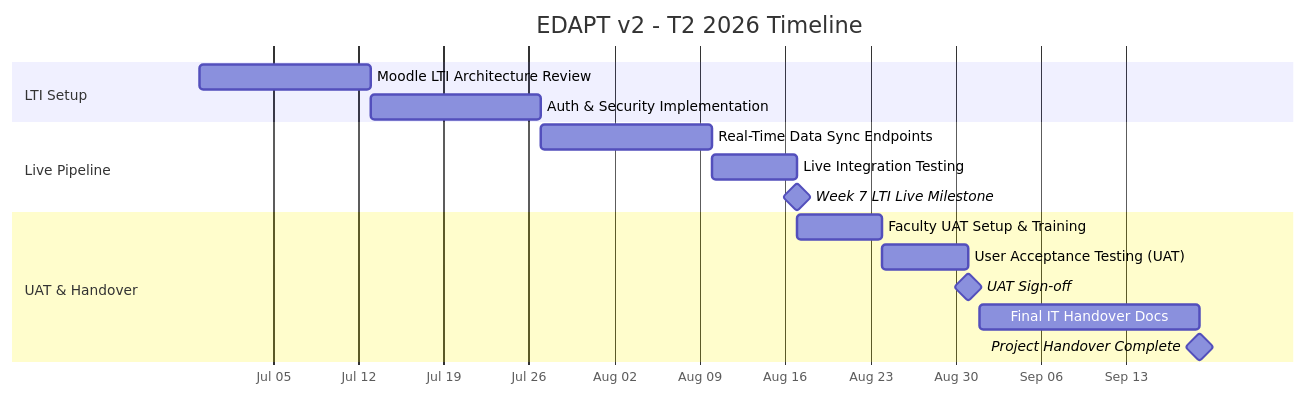
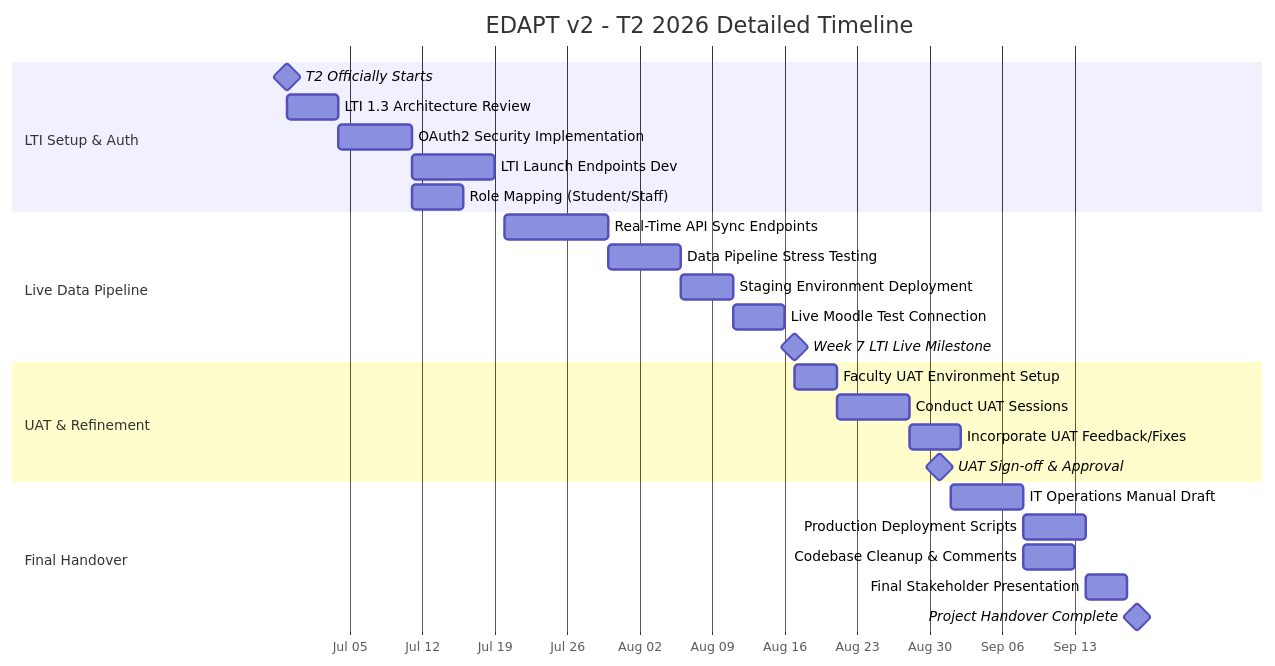
Before and after one commit to KOI-Capstone-Project/EDAPTv2: the second of 2 diagrams in README.md, drawn with Mermaid. The commit also changed other lines of this file, not shown here.

First line of the commit message:
[GANTT]-Detail: Expand T1 & T2 timelines and fix Mermaid rendering

````diff
--- a/README.md
+++ b/README.md
@@ -39,23 +49,36 @@
 ```mermaid
-%%{init: {'gantt': {'leftPadding': 150, 'rightPadding': 150}}}%%
+%%{init: {'gantt': {'leftPadding': 220, 'rightPadding': 200}}}%%
 gantt
-    title EDAPT v2 - T2 2026 Timeline
+    title EDAPT v2 - T2 2026 Detailed Timeline
     dateFormat  YYYY-MM-DD
     axisFormat  %b %d
+    tickInterval 7 day
+    todayMarker off
     
-    section LTI Setup
-    Moodle LTI Architecture Review:b1, 2026-06-29, 14d
-    Auth & Security Implementation:b2, 2026-07-13, 14d
+    section LTI Setup & Auth
+    T2 Officially Starts            :milestone, start, 2026-06-29, 0d
+    LTI 1.3 Architecture Review     :b1, 2026-06-29, 5d
+    OAuth2 Security Implementation  :b2, after b1, 7d
+    LTI Launch Endpoints Dev        :b3, after b2, 8d
+    Role Mapping (Student/Staff)    :b4, after b2, 5d
     
-    section Live Pipeline
-    Real-Time Data Sync Endpoints :b3, 2026-07-27, 14d
-    Live Integration Testing      :b4, 2026-08-10, 7d
-    Week 7 LTI Live Milestone     :milestone, m4, 2026-08-17, 0d
+    section Live Data Pipeline
+    Real-Time API Sync Endpoints    :b5, 2026-07-20, 10d
+    Data Pipeline Stress Testing    :b6, after b5, 7d
+    Staging Environment Deployment  :b7, after b6, 5d
+    Live Moodle Test Connection     :b8, after b7, 5d
+    Week 7 LTI Live Milestone       :milestone, m4, 2026-08-17, 0d
     
-    section UAT & Handover
-    Faculty UAT Setup & Training  :b5, 2026-08-17, 7d
-    User Acceptance Testing (UAT) :b6, 2026-08-24, 7d
-    UAT Sign-off                  :milestone, m5, 2026-08-31, 0d
-    Final IT Handover Docs        :b7, 2026-09-01, 18d
-    Project Handover Complete     :milestone, m6, 2026-09-19, 0d
+    section UAT & Refinement
+    Faculty UAT Environment Setup   :b9, 2026-08-17, 4d
+    Conduct UAT Sessions            :b10, after b9, 7d
+    Incorporate UAT Feedback/Fixes  :b11, after b10, 5d
+    UAT Sign-off & Approval         :milestone, m5, 2026-08-31, 0d
+    
+    section Final Handover
+    IT Operations Manual Draft      :b12, 2026-09-01, 7d
+    Production Deployment Scripts   :b13, after b12, 6d
+    Codebase Cleanup & Comments     :b14, after b12, 5d
+    Final Stakeholder Presentation  :b15, after b13, 4d
+    Project Handover Complete       :milestone, m6, 2026-09-19, 0d
 ```
````
